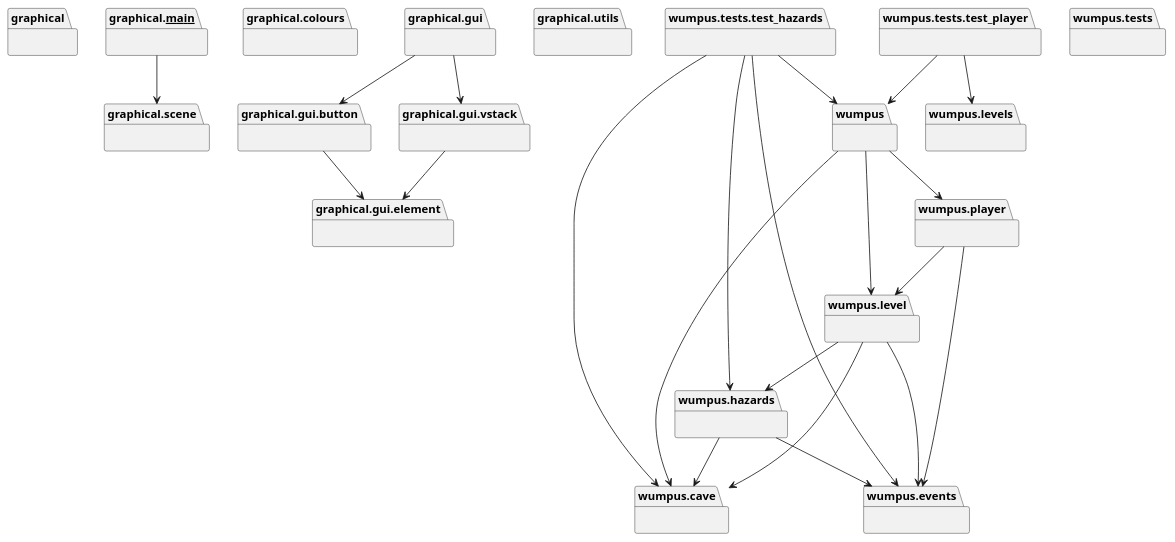
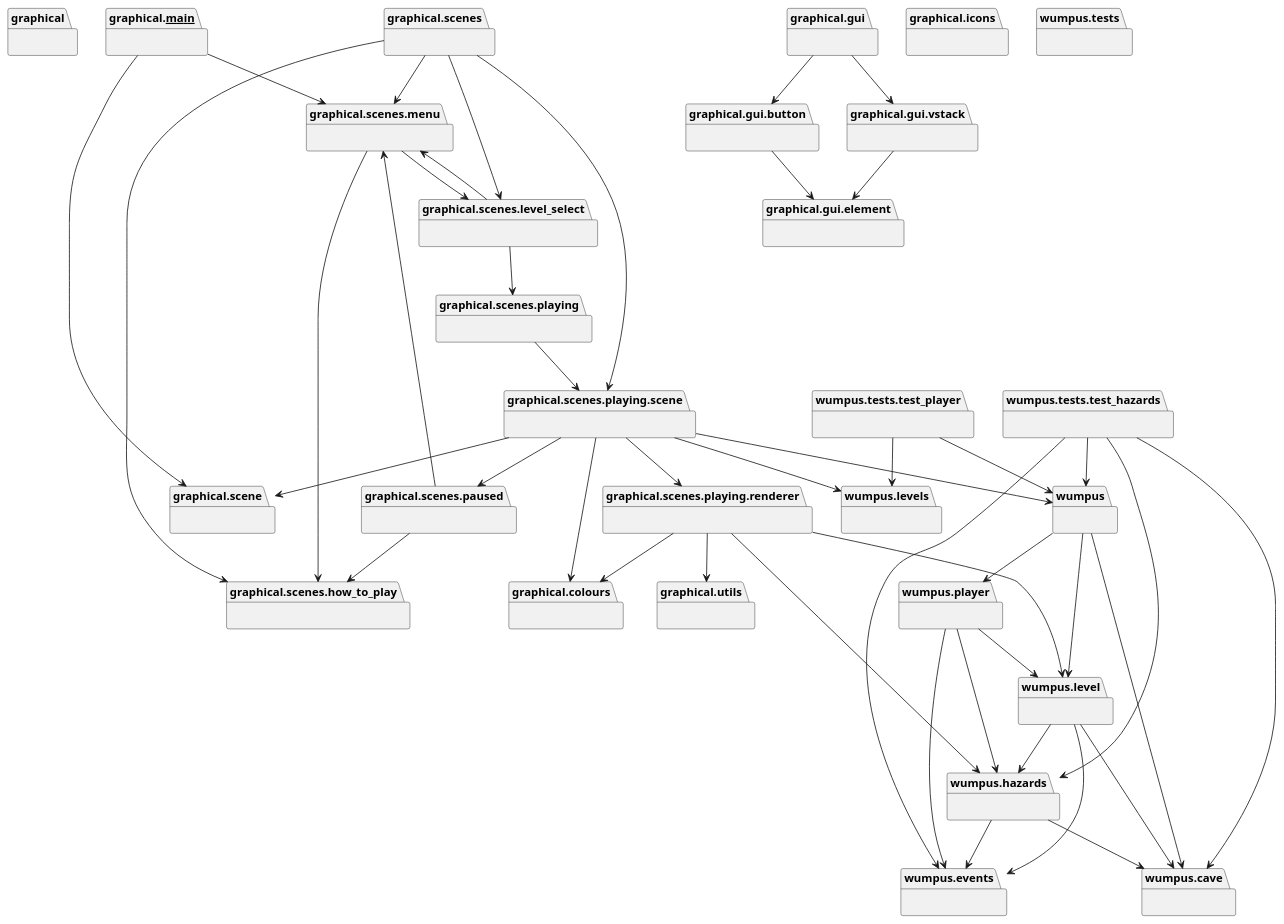
Before and after one commit to debater-coder/wumpus: the diagram in packages.puml, drawn with PlantUML. The commit also changed 12 other files, not shown here.

```diff
--- a/packages.puml
+++ b/packages.puml
@@ -1,62 +1,103 @@
 @startuml packages
 set namespaceSeparator none
 package "graphical" as graphical {
 }
 package "graphical.__main__" as graphical.__main__ {
 }
 package "graphical.colours" as graphical.colours {
 }
 package "graphical.gui" as graphical.gui {
 }
 package "graphical.gui.button" as graphical.gui.button {
 }
 package "graphical.gui.element" as graphical.gui.element {
 }
 package "graphical.gui.vstack" as graphical.gui.vstack {
 }
+package "graphical.icons" as graphical.icons {
+}
 package "graphical.scene" as graphical.scene {
+}
+package "graphical.scenes" as graphical.scenes {
+}
+package "graphical.scenes.how_to_play" as graphical.scenes.how_to_play {
+}
+package "graphical.scenes.level_select" as graphical.scenes.level_select {
+}
+package "graphical.scenes.menu" as graphical.scenes.menu {
+}
+package "graphical.scenes.paused" as graphical.scenes.paused {
+}
+package "graphical.scenes.playing" as graphical.scenes.playing {
+}
+package "graphical.scenes.playing.renderer" as graphical.scenes.playing.renderer {
+}
+package "graphical.scenes.playing.scene" as graphical.scenes.playing.scene {
 }
 package "graphical.utils" as graphical.utils {
 }
 package "wumpus" as wumpus {
 }
 package "wumpus.cave" as wumpus.cave {
 }
 package "wumpus.events" as wumpus.events {
 }
 package "wumpus.hazards" as wumpus.hazards {
 }
 package "wumpus.level" as wumpus.level {
 }
 package "wumpus.levels" as wumpus.levels {
 }
 package "wumpus.player" as wumpus.player {
 }
 package "wumpus.tests" as wumpus.tests {
 }
 package "wumpus.tests.test_hazards" as wumpus.tests.test_hazards {
 }
 package "wumpus.tests.test_player" as wumpus.tests.test_player {
 }
 graphical.__main__ --> graphical.scene
+graphical.__main__ --> graphical.scenes.menu
 graphical.gui --> graphical.gui.button
 graphical.gui --> graphical.gui.vstack
 graphical.gui.button --> graphical.gui.element
 graphical.gui.vstack --> graphical.gui.element
+graphical.scenes --> graphical.scenes.how_to_play
+graphical.scenes --> graphical.scenes.level_select
+graphical.scenes --> graphical.scenes.menu
+graphical.scenes --> graphical.scenes.playing.scene
+graphical.scenes.level_select --> graphical.scenes.menu
+graphical.scenes.level_select --> graphical.scenes.playing
+graphical.scenes.menu --> graphical.scenes.how_to_play
+graphical.scenes.menu --> graphical.scenes.level_select
+graphical.scenes.paused --> graphical.scenes.how_to_play
+graphical.scenes.paused --> graphical.scenes.menu
+graphical.scenes.playing --> graphical.scenes.playing.scene
+graphical.scenes.playing.renderer --> graphical.colours
+graphical.scenes.playing.renderer --> graphical.utils
+graphical.scenes.playing.renderer --> wumpus.hazards
+graphical.scenes.playing.renderer --> wumpus.level
+graphical.scenes.playing.scene --> graphical.colours
+graphical.scenes.playing.scene --> graphical.scene
+graphical.scenes.playing.scene --> graphical.scenes.paused
+graphical.scenes.playing.scene --> graphical.scenes.playing.renderer
+graphical.scenes.playing.scene --> wumpus
+graphical.scenes.playing.scene --> wumpus.levels
 wumpus --> wumpus.cave
 wumpus --> wumpus.level
 wumpus --> wumpus.player
 wumpus.hazards --> wumpus.cave
 wumpus.hazards --> wumpus.events
 wumpus.level --> wumpus.cave
 wumpus.level --> wumpus.events
 wumpus.level --> wumpus.hazards
 wumpus.player --> wumpus.events
+wumpus.player --> wumpus.hazards
 wumpus.player --> wumpus.level
 wumpus.tests.test_hazards --> wumpus
 wumpus.tests.test_hazards --> wumpus.cave
 wumpus.tests.test_hazards --> wumpus.events
 wumpus.tests.test_hazards --> wumpus.hazards
 wumpus.tests.test_player --> wumpus
 wumpus.tests.test_player --> wumpus.levels
 @enduml
```
